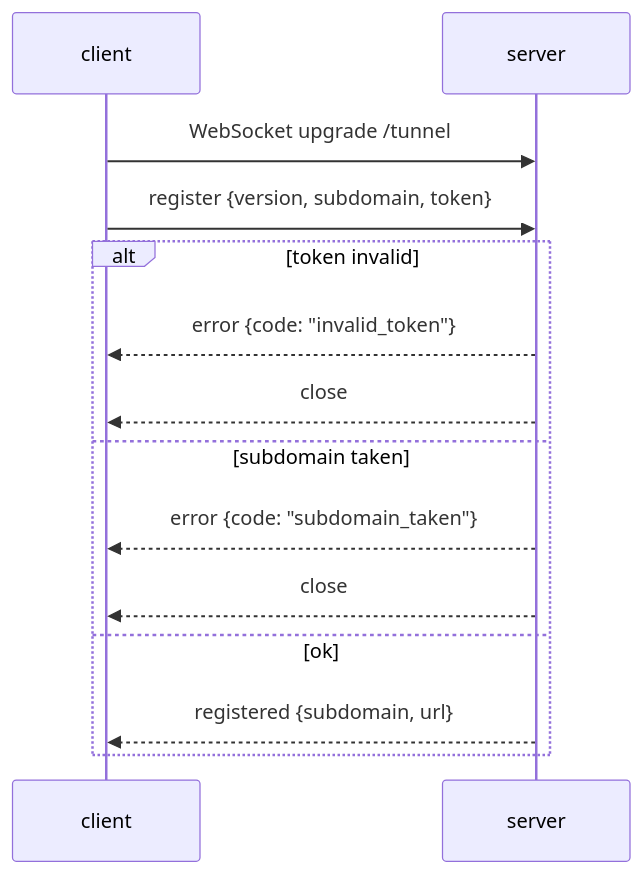
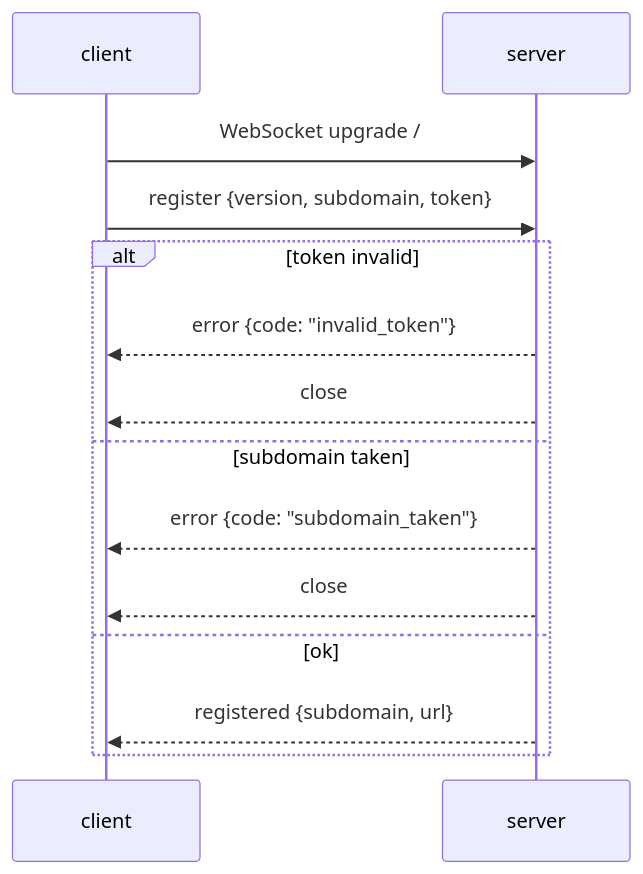
One commit to theo-dep/tunnelpp changed the diagram in docs/protocol.md. Above: the diagram before and after it, drawn with Mermaid. The commit also changed other lines of this file and 13 other files, not shown here.

````diff
--- a/docs/protocol.md
+++ b/docs/protocol.md
@@ -114,16 +114,16 @@
 ```mermaid
 sequenceDiagram
     participant C as client
     participant S as server
-    C->>S: WebSocket upgrade /tunnel
+    C->>S: WebSocket upgrade /
     C->>S: register {version, subdomain, token}
     alt token invalid
         S-->>C: error {code: "invalid_token"}
         S-->>C: close
     else subdomain taken
         S-->>C: error {code: "subdomain_taken"}
         S-->>C: close
     else ok
         S-->>C: registered {subdomain, url}
     end
 ```
````
